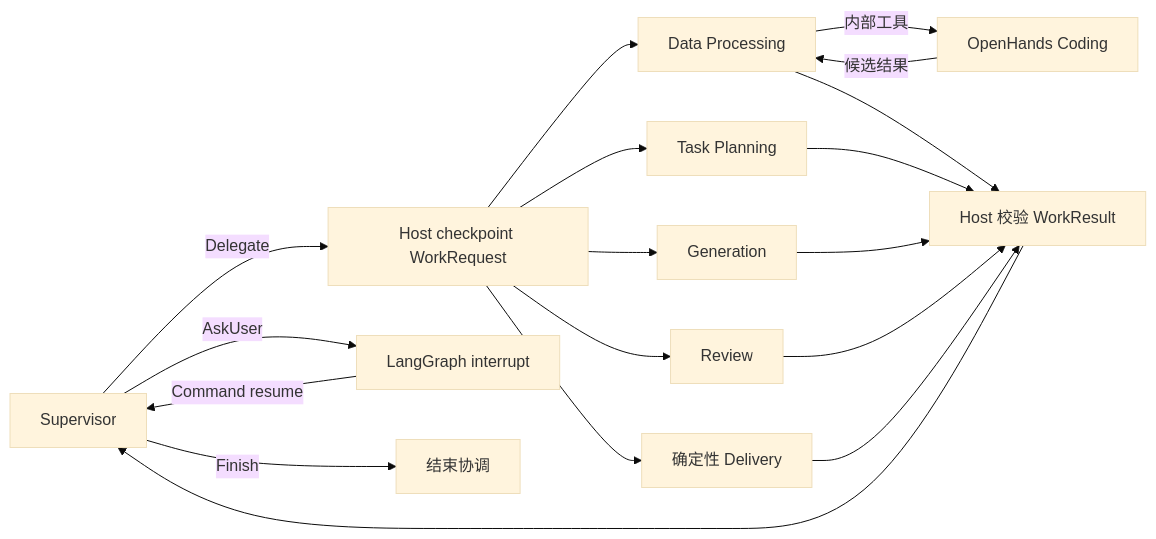
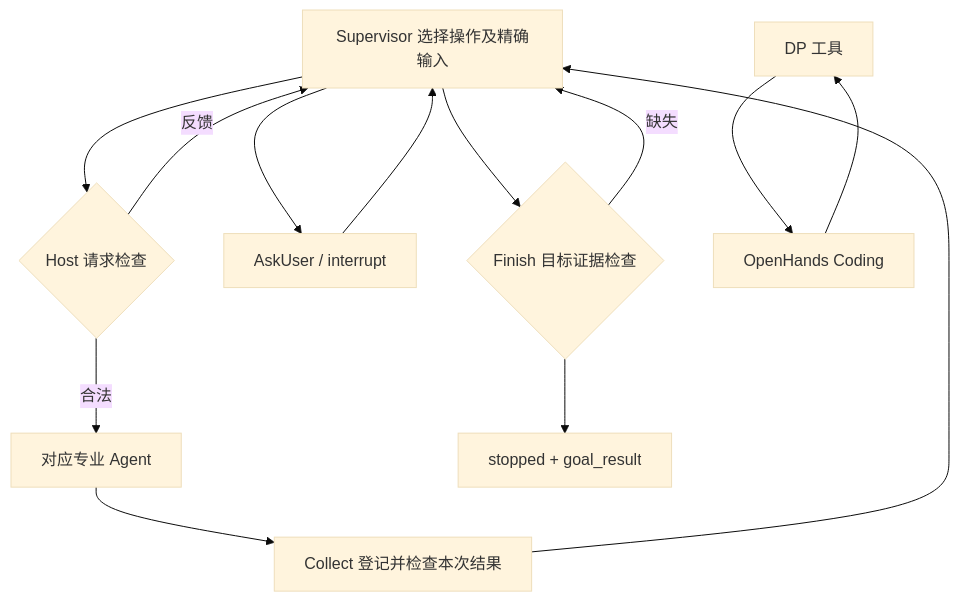
Before and after one commit to fly233338/MedBenchAgent: the second of 3 diagrams in docs/ARCHITECTURE.md, drawn with Mermaid (base theme). The commit also changed other lines of this file and 150 other files, not shown here.

````diff
--- a/docs/ARCHITECTURE.md
+++ b/docs/ARCHITECTURE.md
@@ -51,16 +34,15 @@
 ```mermaid
-flowchart LR
-    S[Supervisor] -->|Delegate| Request[Host checkpoint WorkRequest]
-    Request --> DP[Data Processing]
-    Request --> P[Task Planning]
-    Request --> G[Generation]
-    Request --> R[Review]
-    Request --> D[确定性 Delivery]
-    DP -->|内部工具| Coding[OpenHands Coding]
-    Coding -->|候选结果| DP
-    DP & P & G & R & D --> Collect[Host 校验 WorkResult]
-    Collect --> S
-    S -->|AskUser| Pause[LangGraph interrupt]
-    Pause -->|Command resume| S
-    S -->|Finish| End[结束协调]
+flowchart TD
+    S[Supervisor 选择操作及精确输入] --> G{Host 请求检查}
+    G -->|反馈| S
+    G -->|合法| A[对应专业 Agent]
+    A --> C[Collect 登记并检查本次结果]
+    C --> S
+    S --> U[AskUser / interrupt]
+    U --> S
+    S --> F{Finish 目标证据检查}
+    F -->|缺失| S
+    F --> E[stopped + goal_result]
+    DP[DP 工具] --> SDK[OpenHands Coding]
+    SDK --> DP
 ```
````
